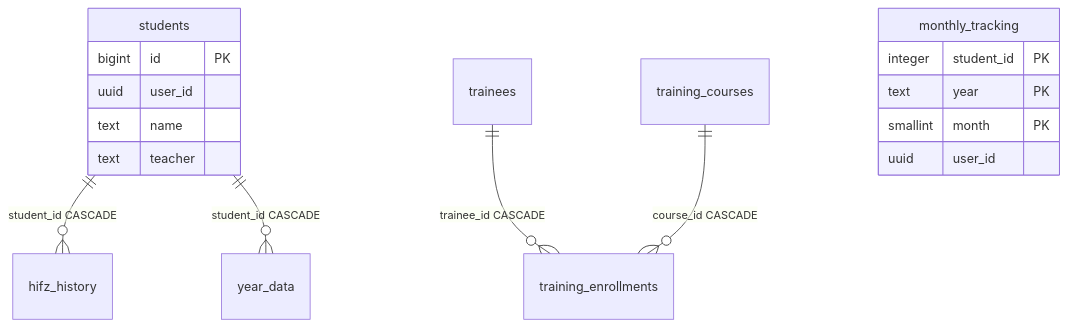
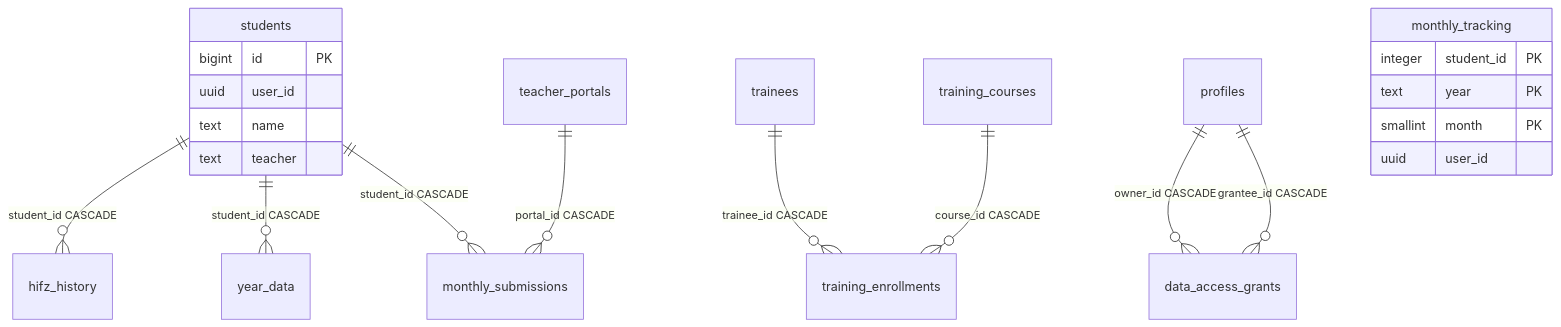
The diagram in DATABASE.md (MokhtarAlkmaly/mrkzy-app), drawn with Mermaid before and after one commit. The commit also changed other lines of this file and 45 other files, not shown here.

````diff
--- a/DATABASE.md
+++ b/DATABASE.md
@@ -59,20 +73,24 @@
 ```mermaid
 erDiagram
   students ||--o{ hifz_history : "student_id CASCADE"
   students ||--o{ year_data : "student_id CASCADE"
   trainees ||--o{ training_enrollments : "trainee_id CASCADE"
   training_courses ||--o{ training_enrollments : "course_id CASCADE"
+  profiles ||--o{ data_access_grants : "owner_id CASCADE"
+  profiles ||--o{ data_access_grants : "grantee_id CASCADE"
+  teacher_portals ||--o{ monthly_submissions : "portal_id CASCADE"
+  students ||--o{ monthly_submissions : "student_id CASCADE"
 
   students {
     bigint id PK
     uuid user_id
     text name
     text teacher
   }
   monthly_tracking {
     integer student_id PK
     text year PK
     smallint month PK
     uuid user_id
   }
 ```
````
